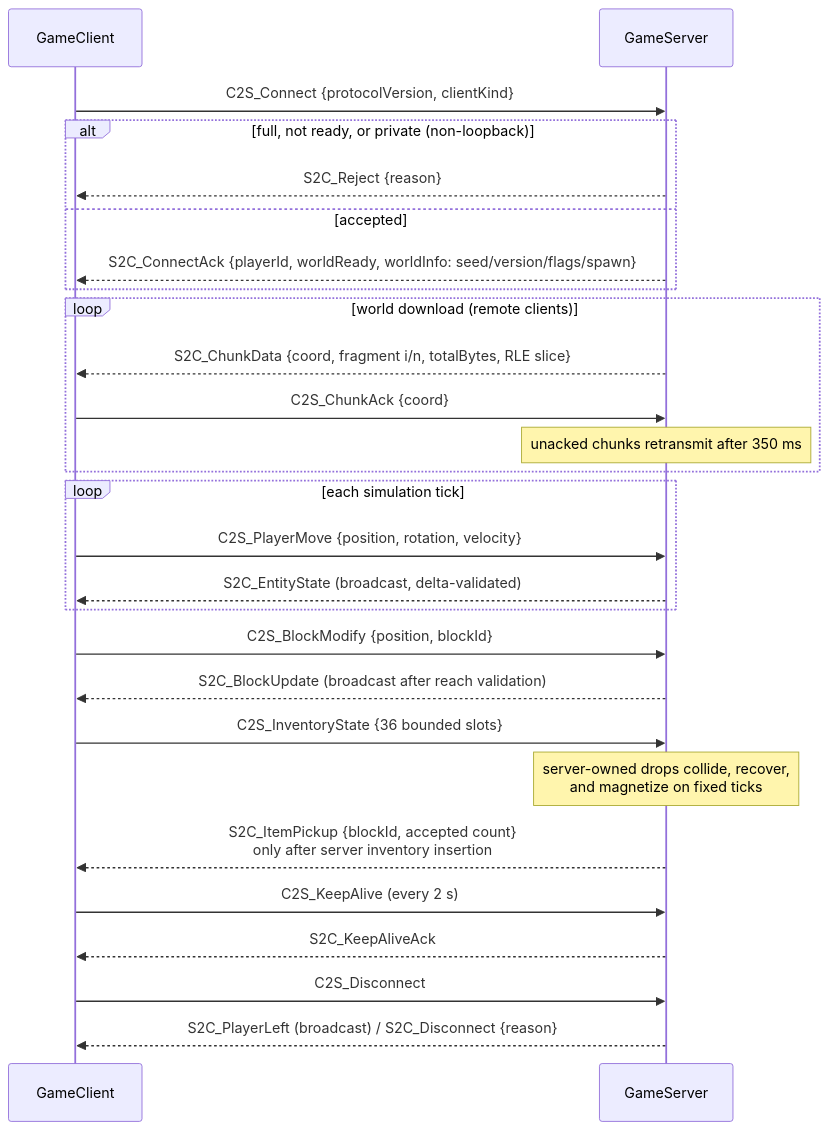
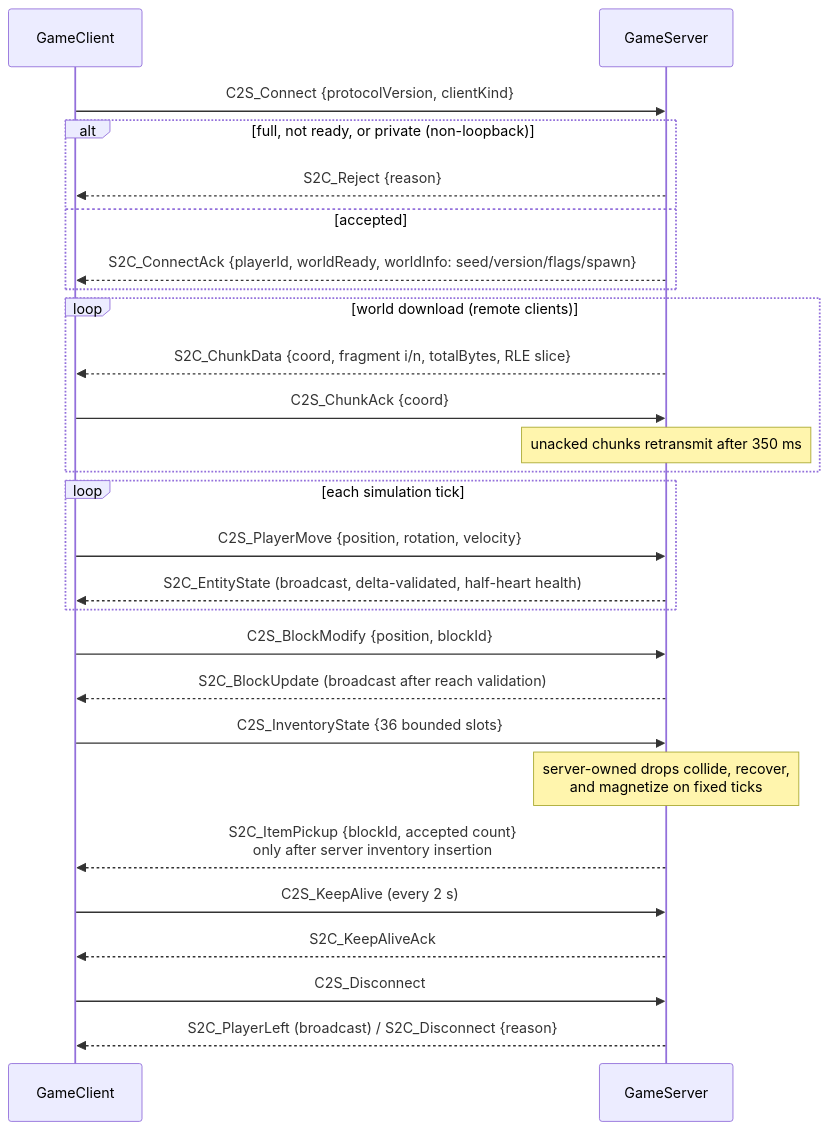
One commit to GoGurtPrime/voxels changed diagram 15 of 17 in DIAGRAMS.md. Above: the diagram before and after it, drawn with Mermaid. The commit also changed other lines of this file and 20 other files, not shown here.

Commit message:
Agent: Ship authoritative half-heart health

````diff
--- a/DIAGRAMS.md
+++ b/DIAGRAMS.md
@@ -539,29 +541,29 @@
 ```mermaid
 sequenceDiagram
     participant C as GameClient
     participant S as GameServer
     C->>S: C2S_Connect {protocolVersion, clientKind}
     alt full, not ready, or private (non-loopback)
         S-->>C: S2C_Reject {reason}
     else accepted
         S-->>C: S2C_ConnectAck {playerId, worldReady, worldInfo: seed/version/flags/spawn}
     end
     loop world download (remote clients)
         S-->>C: S2C_ChunkData {coord, fragment i/n, totalBytes, RLE slice}
         C->>S: C2S_ChunkAck {coord}
         Note over S: unacked chunks retransmit after 350 ms
     end
     loop each simulation tick
         C->>S: C2S_PlayerMove {position, rotation, velocity}
-        S-->>C: S2C_EntityState (broadcast, delta-validated)
+        S-->>C: S2C_EntityState (broadcast, delta-validated, half-heart health)
     end
     C->>S: C2S_BlockModify {position, blockId}
     S-->>C: S2C_BlockUpdate (broadcast after reach validation)
     C->>S: C2S_InventoryState {36 bounded slots}
     Note over S: server-owned drops collide, recover,<br/>and magnetize on fixed ticks
     S-->>C: S2C_ItemPickup {blockId, accepted count}<br/>only after server inventory insertion
     C->>S: C2S_KeepAlive (every 2 s)
     S-->>C: S2C_KeepAliveAck
     C->>S: C2S_Disconnect
     S-->>C: S2C_PlayerLeft (broadcast) / S2C_Disconnect {reason}
 ```
````
